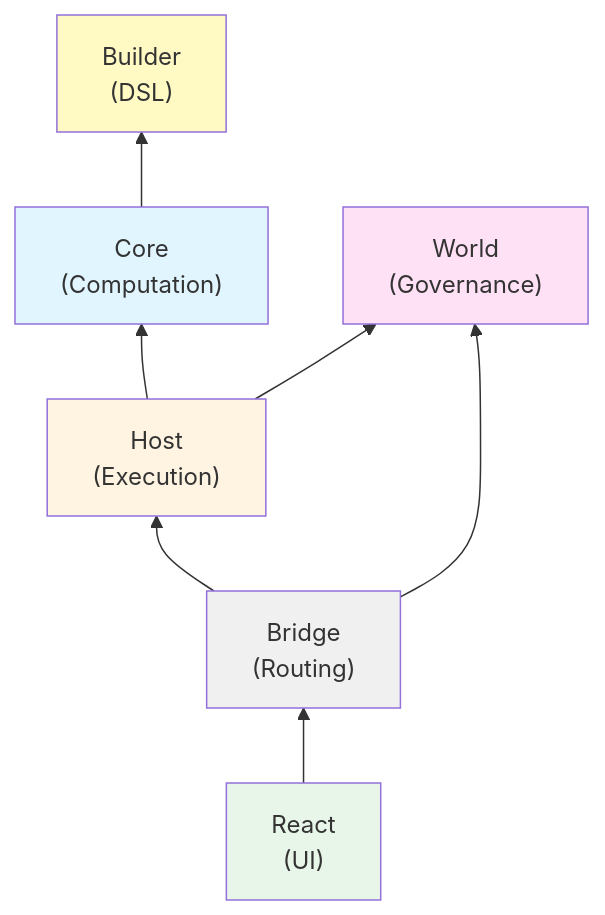
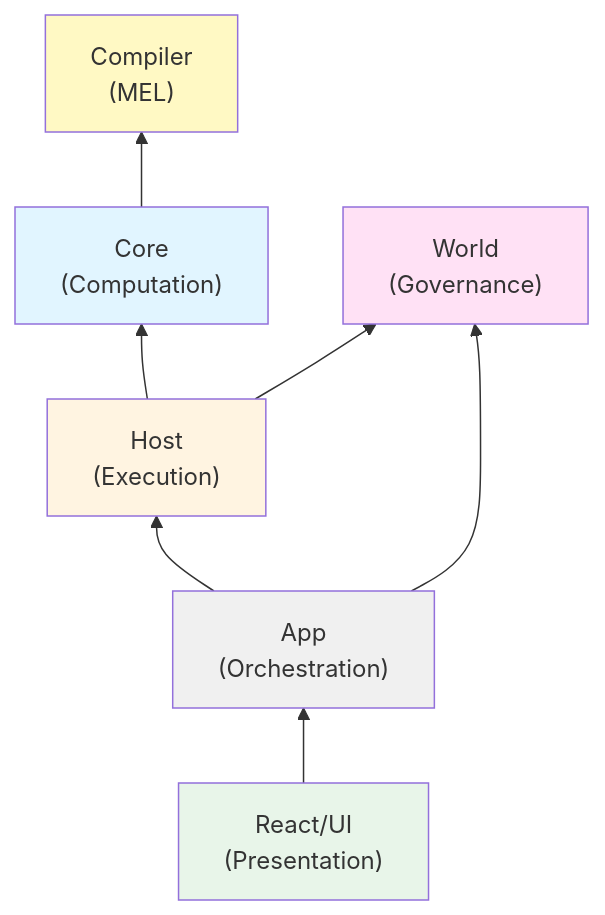
The first of 2 diagrams in docs/architecture/index.md (manifesto-ai/core), drawn with Mermaid before and after one commit. The commit also changed other lines of this file and 16 other files, not shown here.

First line of the commit message:
docs: update documentation to reflect current architecture (#85)

````diff
--- a/docs/architecture/index.md
+++ b/docs/architecture/index.md
@@ -358,23 +358,23 @@
 ```mermaid
 graph BT
-    Builder["Builder<br/>(DSL)"]
+    Compiler["Compiler<br/>(MEL)"]
     Core["Core<br/>(Computation)"]
     Host["Host<br/>(Execution)"]
     World["World<br/>(Governance)"]
-    Bridge["Bridge<br/>(Routing)"]
-    React["React<br/>(UI)"]
+    App["App<br/>(Orchestration)"]
+    UI["React/UI<br/>(Presentation)"]
 
-    Core --> Builder
+    Core --> Compiler
     Host --> Core
     Host --> World
-    Bridge --> World
-    Bridge --> Host
-    React --> Bridge
+    App --> World
+    App --> Host
+    UI --> App
 
     style Core fill:#e1f5ff
     style Host fill:#fff4e1
     style World fill:#ffe1f5
-    style Bridge fill:#f0f0f0
-    style React fill:#e8f5e9
-    style Builder fill:#fff9c4
+    style App fill:#f0f0f0
+    style UI fill:#e8f5e9
+    style Compiler fill:#fff9c4
 ```
````
